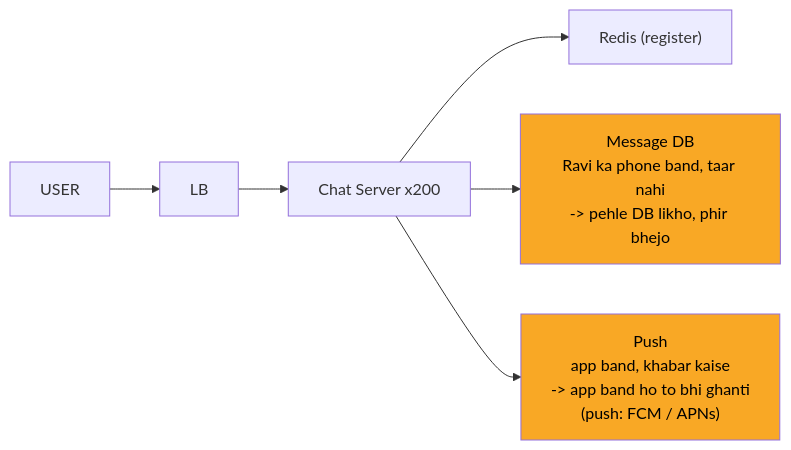
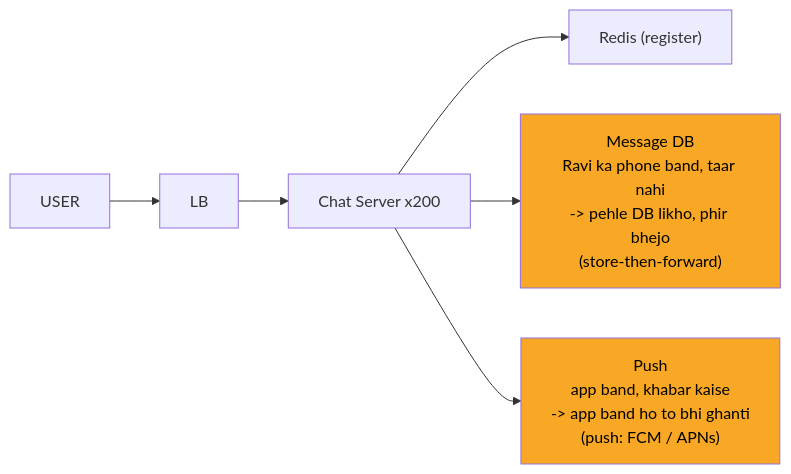
Before and after one commit to ArpanMaheshwari144/Prep: the fourth of 12 diagrams in 04_HLD/SYSTEM_DESIGNS/14_chat_messaging/14_chat_messaging.md, drawn with Mermaid. The commit also changed other lines of this file and 12 other files, not shown here.

````diff
--- a/04_HLD/SYSTEM_DESIGNS/14_chat_messaging/14_chat_messaging.md
+++ b/04_HLD/SYSTEM_DESIGNS/14_chat_messaging/14_chat_messaging.md
@@ -183,16 +183,16 @@
 ```mermaid
 flowchart LR
     n_U["USER"]
     n_LB["LB"]
     n_CS["Chat Server x200"]
     n_R["Redis (register)"]
-    n_DB["Message DB<br/>Ravi ka phone band, taar nahi<br/>-> pehle DB likho, phir bhejo"]
+    n_DB["Message DB<br/>Ravi ka phone band, taar nahi<br/>-> pehle DB likho, phir bhejo<br/>(store-then-forward)"]
     n_P["Push<br/>app band, khabar kaise<br/>-> app band ho to bhi ghanti<br/>(push: FCM / APNs)"]
     n_U --> n_LB
     n_LB --> n_CS
     n_CS --> n_R
     n_CS --> n_DB
     n_CS --> n_P
     style n_DB fill:#f9a825,color:#000
     style n_P fill:#f9a825,color:#000
 ```
````
